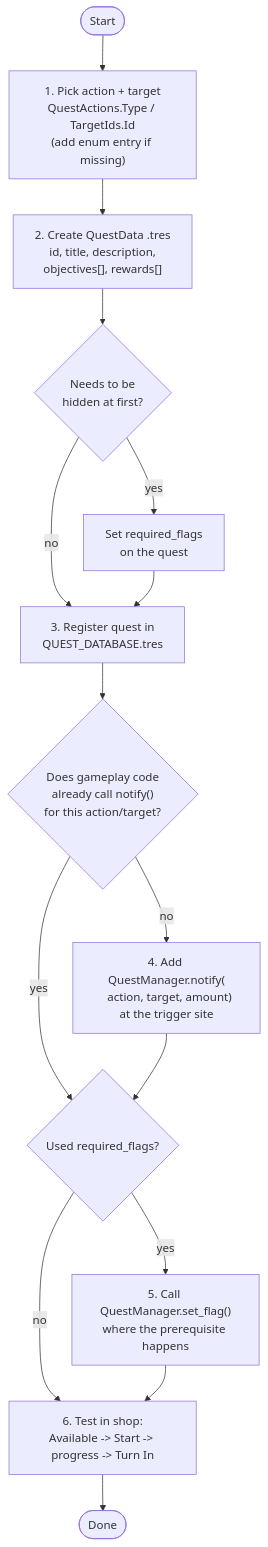
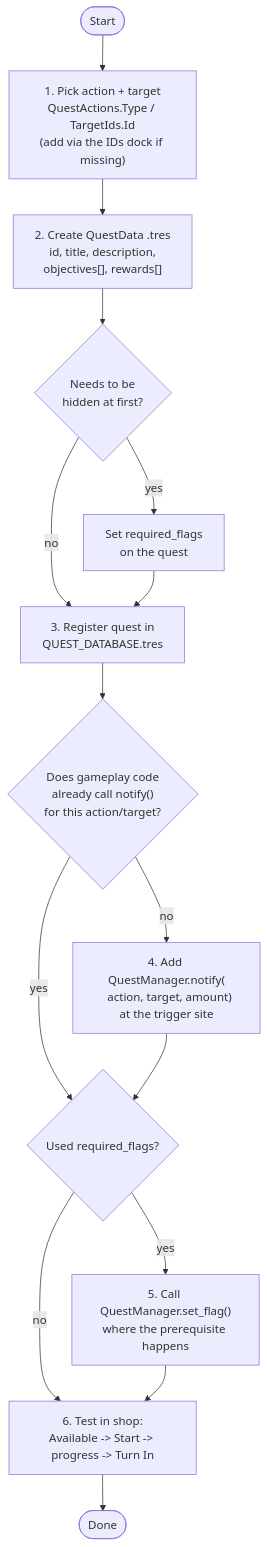
One commit to mictony6/digging-game changed the diagram in documentation/quests.md. Above: the diagram before and after it, drawn with Mermaid. The commit also changed other lines of this file and 23 other files, not shown here.

````diff
--- a/documentation/quests.md
+++ b/documentation/quests.md
@@ -3,17 +3,17 @@
 ```mermaid
 flowchart TD
-    A([Start]) --> B["1. Pick action + target\nQuestActions.Type / TargetIds.Id\n(add enum entry if missing)"]
+    A([Start]) --> B["1. Pick action + target\nQuestActions.Type / TargetIds.Id\n(add via the IDs dock if missing)"]
     B --> C["2. Create QuestData .tres\nid, title, description,\nobjectives[], rewards[]"]
     C --> D{"Needs to be\nhidden at first?"}
     D -- yes --> D1["Set required_flags\non the quest"]
     D -- no --> E
     D1 --> E["3. Register quest in\nQUEST_DATABASE.tres"]
     E --> F{"Does gameplay code\nalready call notify()\nfor this action/target?"}
     F -- no --> F1["4. Add QuestManager.notify(\n  action, target, amount)\nat the trigger site"]
     F -- yes --> G
     F1 --> G{"Used required_flags?"}
     G -- yes --> G1["5. Call QuestManager.set_flag()\nwhere the prerequisite happens"]
     G -- no --> H
     G1 --> H["6. Test in shop:\nAvailable -> Start -> progress -> Turn In"]
     H --> Z([Done])
 ```
````
